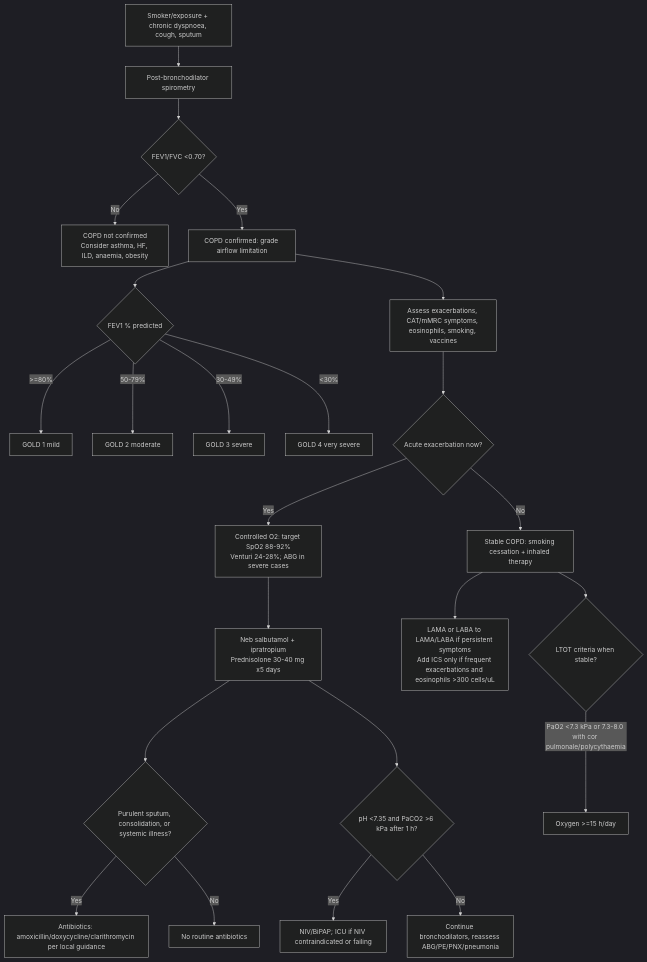
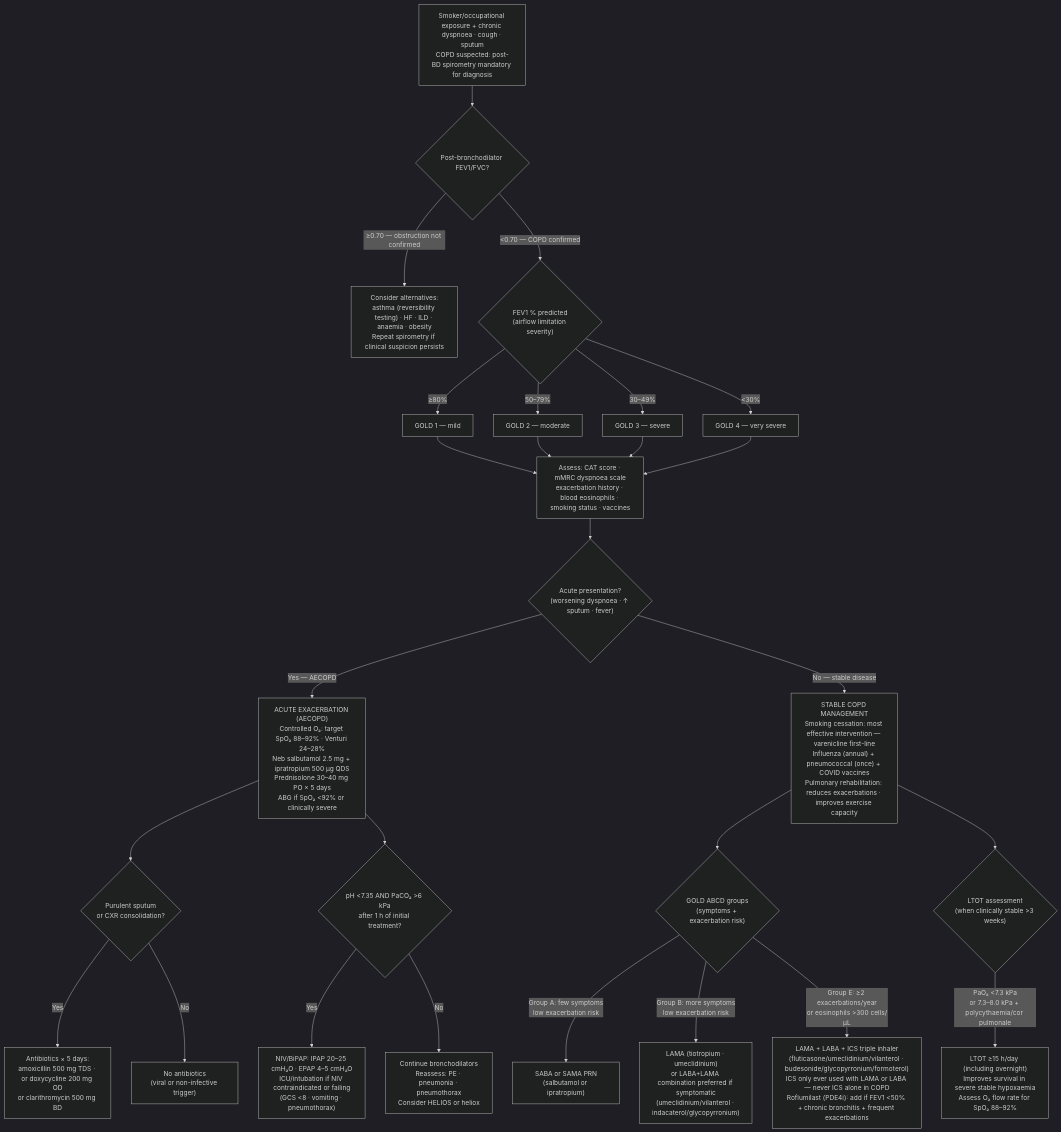
One commit to muhammadtoor702-blip/minar-medicine changed the diagram in content/topics/copd.md. Above: the diagram before and after it, drawn with Mermaid (dark theme). The commit also changed 4 other files, not shown here.

````diff
--- a/content/topics/copd.md
+++ b/content/topics/copd.md
@@ -52,26 +52,32 @@
 ```mermaid
 flowchart TD
-    A["Smoker/exposure + chronic dyspnoea, cough, sputum"] --> B["Post-bronchodilator spirometry"]
-    B --> C{"FEV1/FVC &lt;0.70?"}
-    C -->|No| D["COPD not confirmed<br/>Consider asthma, HF, ILD, anaemia, obesity"]
-    C -->|Yes| E["COPD confirmed: grade airflow limitation"]
-    E --> F{"FEV1 % predicted"}
-    F -->|&gt;=80%| G["GOLD 1 mild"]
-    F -->|50-79%| H["GOLD 2 moderate"]
-    F -->|30-49%| I["GOLD 3 severe"]
-    F -->|&lt;30%| J["GOLD 4 very severe"]
-    E --> K["Assess exacerbations, CAT/mMRC symptoms, eosinophils, smoking, vaccines"]
-    K --> L{"Acute exacerbation now?"}
-    L -->|Yes| M["Controlled O2: target SpO2 88-92%<br/>Venturi 24-28%; ABG in severe cases"]
-    M --> N["Neb salbutamol + ipratropium<br/>Prednisolone 30-40 mg x5 days"]
-    N --> O{"Purulent sputum, consolidation, or systemic illness?"}
-    O -->|Yes| P["Antibiotics: amoxicillin/doxycycline/clarithromycin per local guidance"]
-    O -->|No| Q["No routine antibiotics"]
-    N --> R{"pH &lt;7.35 and PaCO2 &gt;6 kPa after 1 h?"}
-    R -->|Yes| S["NIV/BiPAP; ICU if NIV contraindicated or failing"]
-    R -->|No| T["Continue bronchodilators, reassess ABG/PE/PNX/pneumonia"]
-    L -->|No| U["Stable COPD: smoking cessation + inhaled therapy"]
-    U --> V["LAMA or LABA to LAMA/LABA if persistent symptoms<br/>Add ICS only if frequent exacerbations and eosinophils &gt;300 cells/uL"]
-    U --> W{"LTOT criteria when stable?"}
-    W -->|PaO2 &lt;7.3 kPa or 7.3-8.0 with cor pulmonale/polycythaemia| X["Oxygen &gt;=15 h/day"]
+    A["Smoker/occupational exposure + chronic dyspnoea · cough · sputum\nCOPD suspected: post-BD spirometry mandatory for diagnosis"] --> SPIRO{"Post-bronchodilator FEV1/FVC?"}
+
+    SPIRO -->|"≥0.70 — obstruction not confirmed"| NOTCOPD["Consider alternatives:\nasthma (reversibility testing) · HF · ILD · anaemia · obesity\nRepeat spirometry if clinical suspicion persists"]
+    SPIRO -->|"<0.70 — COPD confirmed"| GOLD{"FEV1 % predicted\n(airflow limitation severity)"}
+
+    GOLD -->|"≥80%"| G1["GOLD 1 — mild"]
+    GOLD -->|"50–79%"| G2["GOLD 2 — moderate"]
+    GOLD -->|"30–49%"| G3["GOLD 3 — severe"]
+    GOLD -->|"<30%"| G4["GOLD 4 — very severe"]
+    G1 & G2 & G3 & G4 --> SYMPT["Assess: CAT score · mMRC dyspnoea scale\nexacerbation history · blood eosinophils · smoking status · vaccines"]
+
+    SYMPT --> ACUTE{"Acute presentation?\n(worsening dyspnoea · ↑ sputum · fever)"}
+
+    ACUTE -->|"Yes — AECOPD"| AECOPD["ACUTE EXACERBATION (AECOPD)\nControlled O₂: target SpO₂ 88–92% · Venturi 24–28%\nNeb salbutamol 2.5 mg + ipratropium 500 µg QDS\nPrednisolone 30–40 mg PO × 5 days\nABG if SpO₂ <92% or clinically severe"]
+    AECOPD --> ABX{"Purulent sputum\nor CXR consolidation?"}
+    ABX -->|"Yes"| ABX_TX["Antibiotics × 5 days:\namoxicillin 500 mg TDS · or doxycycline 200 mg OD\nor clarithromycin 500 mg BD"]
+    ABX -->|"No"| NO_ABX["No antibiotics\n(viral or non-infective trigger)"]
+    AECOPD --> NIV{"pH <7.35 AND PaCO₂ >6 kPa\nafter 1 h of initial treatment?"}
+    NIV -->|"Yes"| NIV_TX["NIV/BiPAP: IPAP 20–25 cmH₂O · EPAP 4–5 cmH₂O\nICU/intubation if NIV contraindicated or failing\n(GCS <8 · vomiting · pneumothorax)"]
+    NIV -->|"No"| REASSESS["Continue bronchodilators\nReassess: PE · pneumonia · pneumothorax\nConsider HELIOS or heliox"]
+
+    ACUTE -->|"No — stable disease"| STABLE["STABLE COPD MANAGEMENT\nSmoking cessation: most effective intervention — varenicline first-line\nInfluenza (annual) + pneumococcal (once) + COVID vaccines\nPulmonary rehabilitation: reduces exacerbations · improves exercise capacity"]
+    STABLE --> INHALER{"GOLD ABCD groups\n(symptoms + exacerbation risk)"}
+    INHALER -->|"Group A: few symptoms\nlow exacerbation risk"| SABA["SABA or SAMA PRN\n(salbutamol or ipratropium)"]
+    INHALER -->|"Group B: more symptoms\nlow exacerbation risk"| LAMA["LAMA (tiotropium · umeclidinium)\nor LABA+LAMA combination preferred if symptomatic\n(umeclidinium/vilanterol · indacaterol/glycopyrronium)"]
+    INHALER -->|"Group E: ≥2 exacerbations/year\nor eosinophils >300 cells/µL"| TRIPLE["LAMA + LABA + ICS triple inhaler\n(fluticasone/umeclidinium/vilanterol · budesonide/glycopyrronium/formoterol)\nICS only ever used with LAMA or LABA — never ICS alone in COPD\nRoflumilast (PDE4i): add if FEV1 <50% + chronic bronchitis + frequent exacerbations"]
+
+    STABLE --> LTOT{"LTOT assessment\n(when clinically stable >3 weeks)"}
+    LTOT -->|"PaO₂ <7.3 kPa\nor 7.3–8.0 kPa + polycythaemia/cor pulmonale"| LTOT_TX["LTOT ≥15 h/day (including overnight)\nImproves survival in severe stable hypoxaemia\nAssess O₂ flow rate for SpO₂ 88–92%"]
 ```
````
